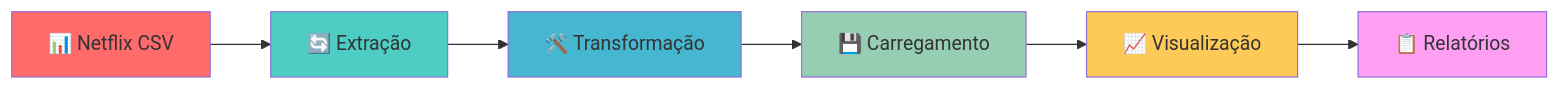
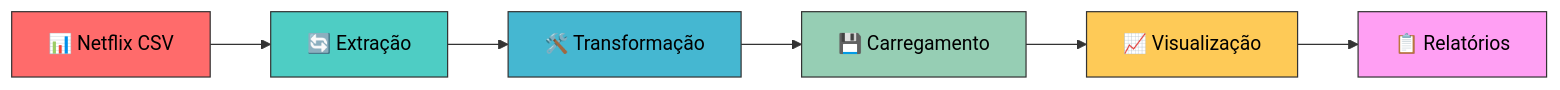
Before and after one commit to Thiago-code-lab/data-engineering-netflix: the diagram in README.md, drawn with Mermaid. The commit also changed other lines of this file, not shown here.

````diff
--- a/README.md
+++ b/README.md
@@ -50,15 +50,15 @@
 ```mermaid
 flowchart LR
     A[📊 Netflix CSV] --> B[🔄 Extração]
     B --> C[🛠️ Transformação]
     C --> D[💾 Carregamento]
     D --> E[📈 Visualização]
     E --> F[📋 Relatórios]
     
-    style A fill:#ff6b6b
-    style B fill:#4ecdc4
-    style C fill:#45b7d1
-    style D fill:#96ceb4
-    style E fill:#feca57
-    style F fill:#ff9ff3
+    style A fill:#ff6b6b,stroke:#333,color:#000000
+    style B fill:#4ecdc4,stroke:#333,color:#000000
+    style C fill:#45b7d1,stroke:#333,color:#000000
+    style D fill:#96ceb4,stroke:#333,color:#000000
+    style E fill:#feca57,stroke:#333,color:#000000
+    style F fill:#ff9ff3,stroke:#333,color:#000000
 ```
````
